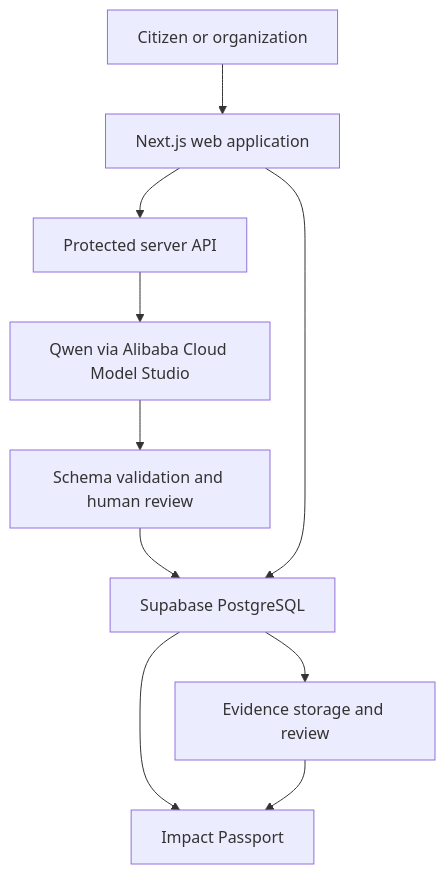
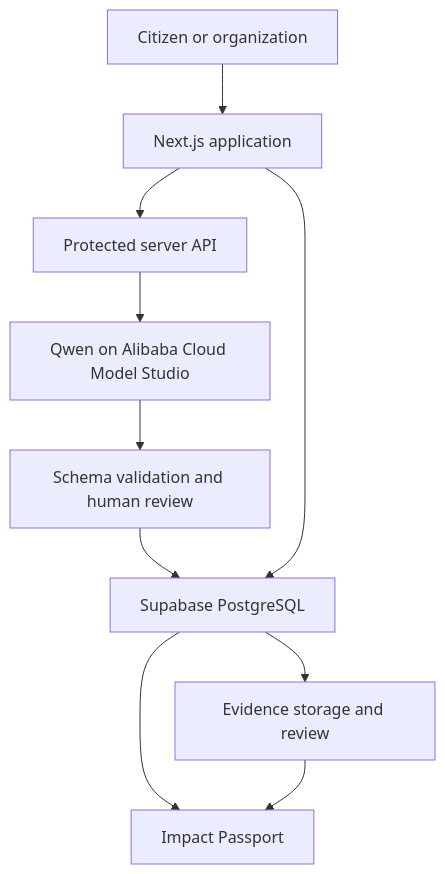
Before and after one commit to Syedsaadhhh/COMMONS-ALIBABA: the diagram in README.md, drawn with Mermaid. The commit also changed other lines of this file, not shown here.

````diff
--- a/README.md
+++ b/README.md
@@ -125,12 +116,12 @@
 ```mermaid
 flowchart TD
-    U["Citizen or organization"] --> UI["Next.js web application"]
-    UI --> API["Protected server API"]
-    API --> Q["Qwen via Alibaba Cloud Model Studio"]
+    U["Citizen or organization"] --> W["Next.js application"]
+    W --> A["Protected server API"]
+    A --> Q["Qwen on Alibaba Cloud Model Studio"]
     Q --> V["Schema validation and human review"]
-    V --> DB["Supabase PostgreSQL"]
-    UI --> DB
-    DB --> E["Evidence storage and review"]
-    DB --> P["Impact Passport"]
+    V --> D["Supabase PostgreSQL"]
+    W --> D
+    D --> E["Evidence storage and review"]
+    D --> P["Impact Passport"]
     E --> P
 ```
````
